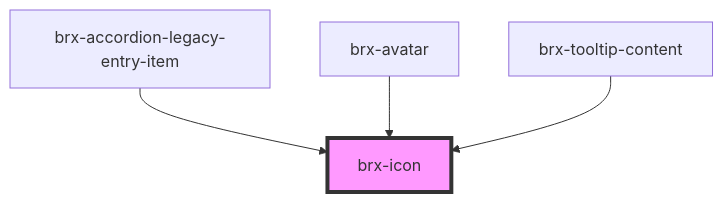
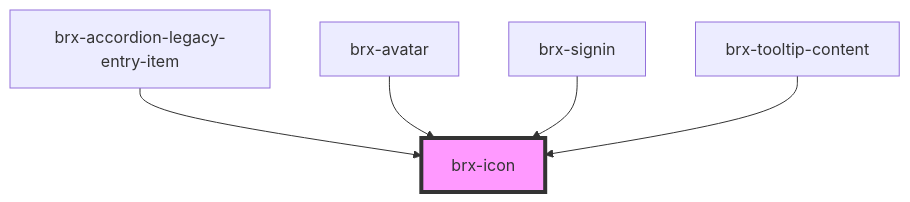
Before and after one commit to copperui/copperui: the diagram in packages/core/src/components/brx-icon/readme.md, drawn with Mermaid. The commit also changed other lines of this file and 19 other files, not shown here.

First line of the commit message:
feat(core): components: brx-signin (#27)

````diff
--- a/packages/core/src/components/brx-icon/readme.md
+++ b/packages/core/src/components/brx-icon/readme.md
@@ -25,7 +26,8 @@
 ```mermaid
 graph TD;
   brx-accordion-legacy-entry-item --> brx-icon
   brx-avatar --> brx-icon
+  brx-signin --> brx-icon
   brx-tooltip-content --> brx-icon
   style brx-icon fill:#f9f,stroke:#333,stroke-width:4px
 ```
````
